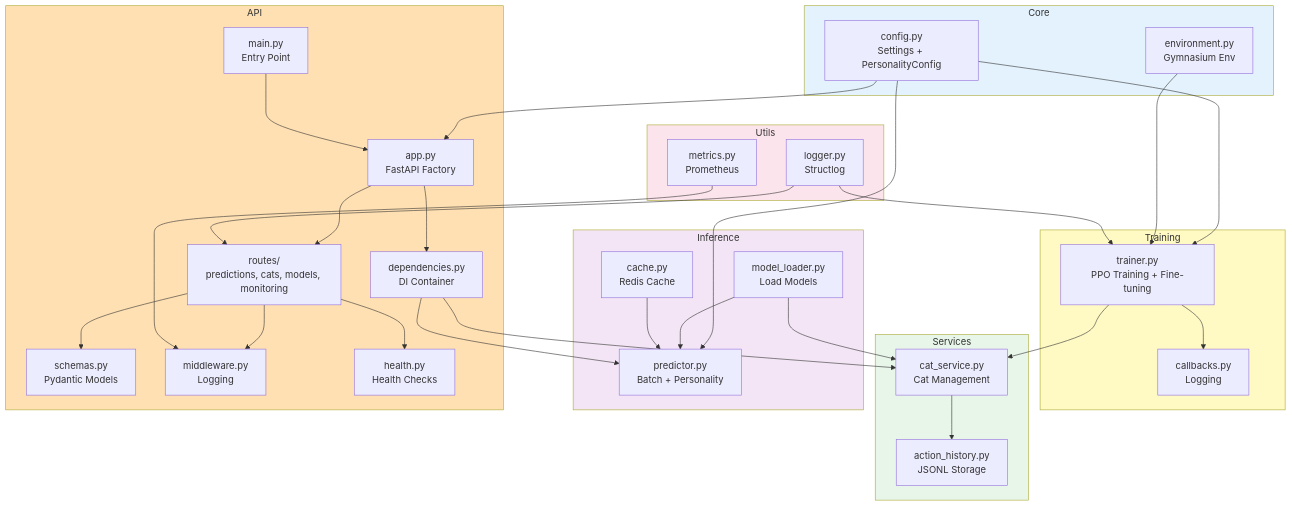
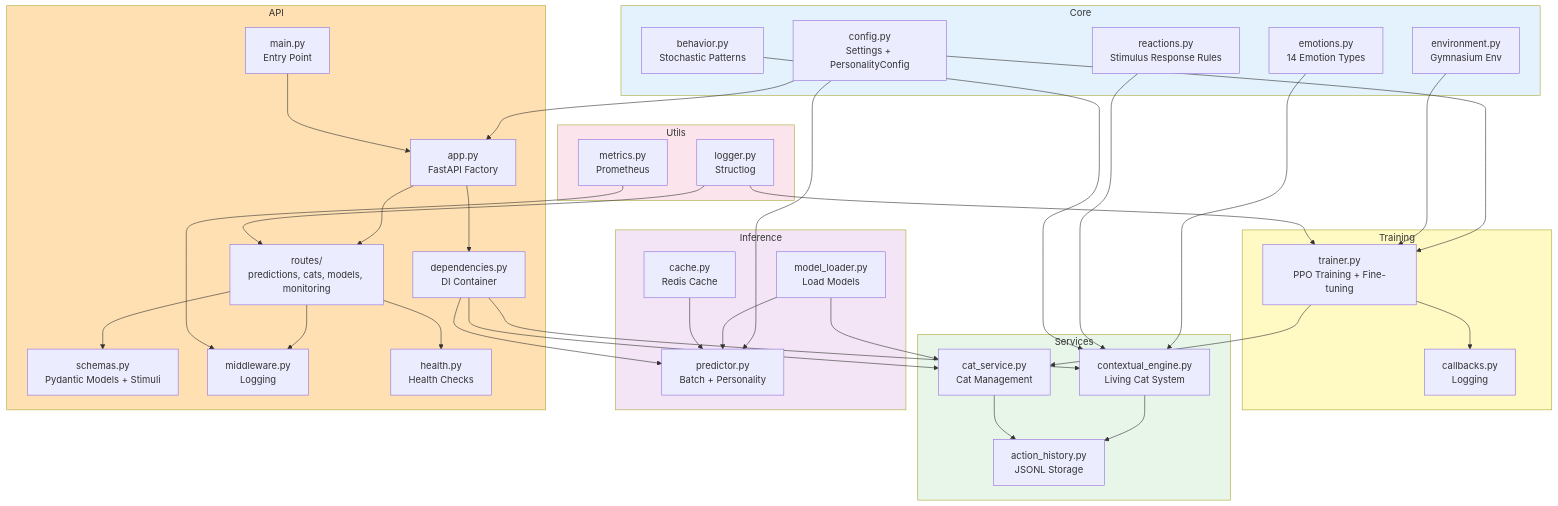
Before and after one commit to tantaneity/cat-brain-service: the seventh of 7 diagrams in README.md, drawn with Mermaid. The commit also changed other lines of this file and 29 other files, not shown here.

Commit message:
feat: add living cat system with emotions and reactions

````diff
--- a/README.md
+++ b/README.md
@@ -249,72 +311,82 @@
 ```mermaid
 graph TD
     subgraph Core
         ENV[environment.py<br/>Gymnasium Env]
         CONFIG[config.py<br/>Settings + PersonalityConfig]
+        EMOTIONS[emotions.py<br/>14 Emotion Types]
+        REACTIONS[reactions.py<br/>Stimulus Response Rules]
+        BEHAVIOR[behavior.py<br/>Stochastic Patterns]
     end
     
     subgraph Training
         TRAINER[trainer.py<br/>PPO Training + Fine-tuning]
         CALLBACKS[callbacks.py<br/>Logging]
     end
     
     subgraph Services
         CAT_SERVICE[cat_service.py<br/>Cat Management]
+        CONTEXTUAL[contextual_engine.py<br/>Living Cat System]
         ACTION_HIST[action_history.py<br/>JSONL Storage]
     end
     
     subgraph Inference
         LOADER[model_loader.py<br/>Load Models]
         PREDICTOR[predictor.py<br/>Batch + Personality]
         CACHE_MOD[cache.py<br/>Redis Cache]
     end
     
     subgraph API
         MAIN[main.py<br/>Entry Point]
         APP[app.py<br/>FastAPI Factory]
         DEPS[dependencies.py<br/>DI Container]
         ROUTES[routes/<br/>predictions, cats, models, monitoring]
-        SCHEMAS[schemas.py<br/>Pydantic Models]
+        SCHEMAS[schemas.py<br/>Pydantic Models + Stimuli]
         MIDDLEWARE_MOD[middleware.py<br/>Logging]
         HEALTH[health.py<br/>Health Checks]
     end
     
     subgraph Utils
         LOGGER[logger.py<br/>Structlog]
         METRICS_MOD[metrics.py<br/>Prometheus]
     end
     
     CONFIG --> TRAINER
     CONFIG --> PREDICTOR
     CONFIG --> APP
     
     ENV --> TRAINER
     TRAINER --> CALLBACKS
     TRAINER --> CAT_SERVICE
     
+    EMOTIONS --> CONTEXTUAL
+    REACTIONS --> CONTEXTUAL
+    BEHAVIOR --> CONTEXTUAL
+    
     LOADER --> PREDICTOR
     LOADER --> CAT_SERVICE
     CACHE_MOD --> PREDICTOR
     
+    CONTEXTUAL --> ACTION_HIST
     CAT_SERVICE --> ACTION_HIST
     
     MAIN --> APP
     APP --> ROUTES
     APP --> DEPS
     DEPS --> PREDICTOR
     DEPS --> CAT_SERVICE
+    DEPS --> CONTEXTUAL
     ROUTES --> SCHEMAS
     ROUTES --> MIDDLEWARE_MOD
     ROUTES --> HEALTH
     
     LOGGER --> TRAINER
     LOGGER --> ROUTES
     METRICS_MOD --> MIDDLEWARE_MOD
     
     style Core fill:#e3f2fd
     style Training fill:#fff9c4
     style Services fill:#e8f5e9
     style Inference fill:#f3e5f5
     style API fill:#ffe0b2
     style Utils fill:#fce4ec
 ```
````
